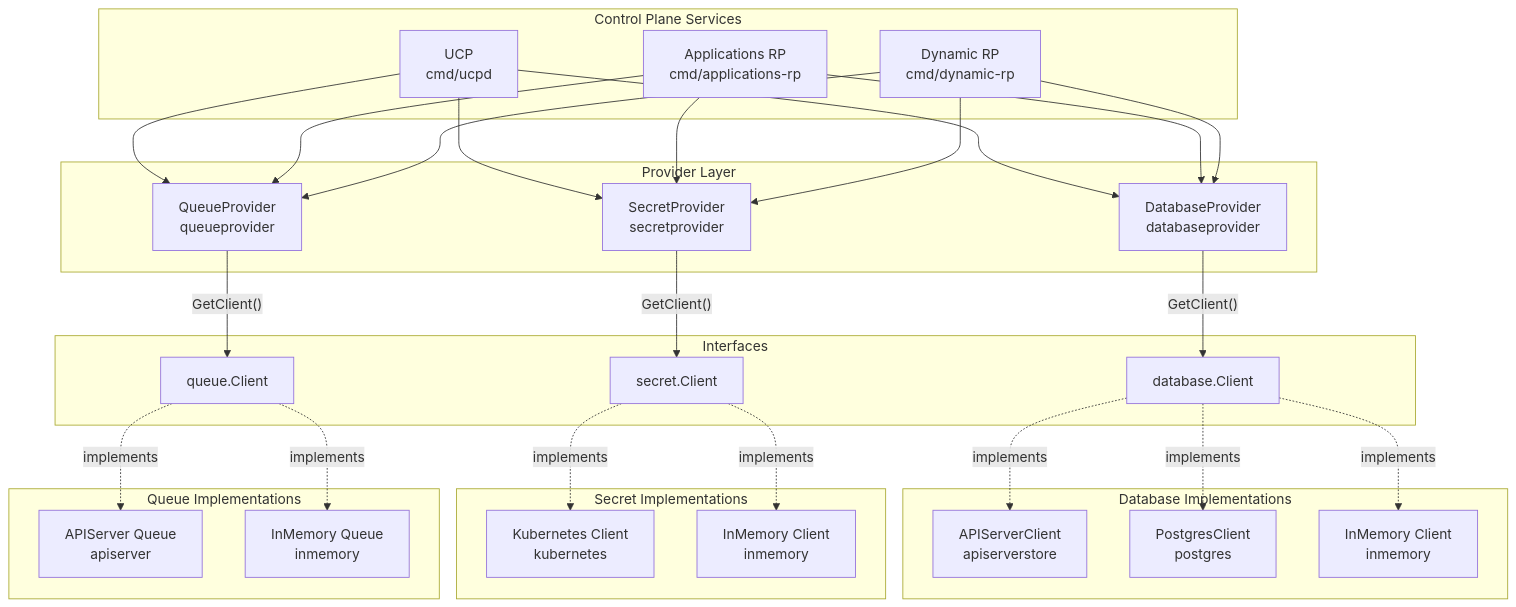
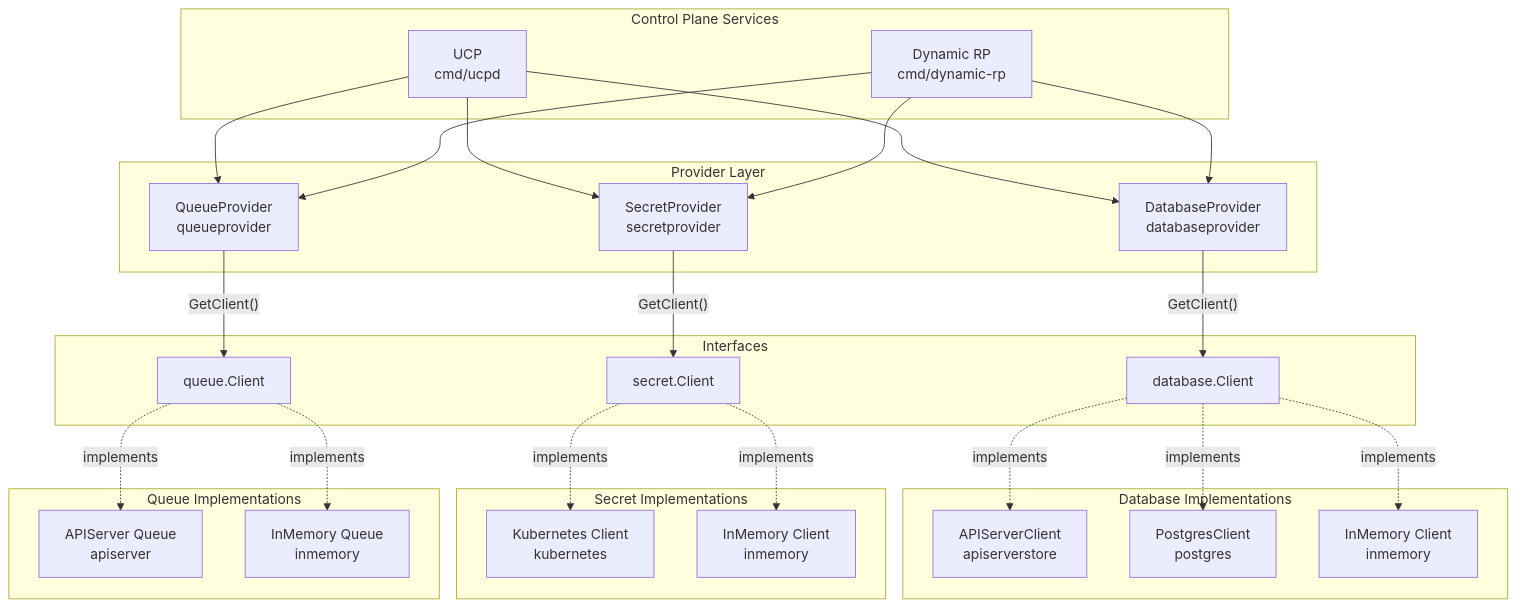
One commit to radius-project/radius changed the first of 4 diagrams in docs/architecture/state-persistence.md. Above: the diagram before and after it, drawn with Mermaid. The commit also changed other lines of this file and 10 other files, not shown here.

````diff
--- a/docs/architecture/state-persistence.md
+++ b/docs/architecture/state-persistence.md
@@ -9,60 +9,56 @@
 ```mermaid
 graph TD
     subgraph "Control Plane Services"
         UCP["UCP<br/>cmd/ucpd"]
-        CoreRP["Applications RP<br/>cmd/applications-rp"]
         DynRP["Dynamic RP<br/>cmd/dynamic-rp"]
     end
 
     subgraph "Provider Layer"
         DBProvider["DatabaseProvider<br/>databaseprovider"]
         SecretProvider["SecretProvider<br/>secretprovider"]
         QueueProvider["QueueProvider<br/>queueprovider"]
     end
 
     subgraph "Interfaces"
         DBClient["database.Client"]
         SecretClient["secret.Client"]
         QueueClient["queue.Client"]
     end
 
     subgraph "Database Implementations"
         APIServer["APIServerClient<br/>apiserverstore"]
         Postgres["PostgresClient<br/>postgres"]
         InMemDB["InMemory Client<br/>inmemory"]
     end
 
     subgraph "Secret Implementations"
         K8sSecret["Kubernetes Client<br/>kubernetes"]
         InMemSecret["InMemory Client<br/>inmemory"]
     end
 
     subgraph "Queue Implementations"
         APIServerQ["APIServer Queue<br/>apiserver"]
         InMemQ["InMemory Queue<br/>inmemory"]
     end
 
     UCP --> DBProvider
     UCP --> SecretProvider
     UCP --> QueueProvider
-    CoreRP --> DBProvider
-    CoreRP --> SecretProvider
-    CoreRP --> QueueProvider
     DynRP --> DBProvider
     DynRP --> SecretProvider
     DynRP --> QueueProvider
 
     DBProvider -->|"GetClient()"| DBClient
     SecretProvider -->|"GetClient()"| SecretClient
     QueueProvider -->|"GetClient()"| QueueClient
 
     DBClient -.->|implements| APIServer
     DBClient -.->|implements| Postgres
     DBClient -.->|implements| InMemDB
 
     SecretClient -.->|implements| K8sSecret
     SecretClient -.->|implements| InMemSecret
 
     QueueClient -.->|implements| APIServerQ
     QueueClient -.->|implements| InMemQ
 ```
````
